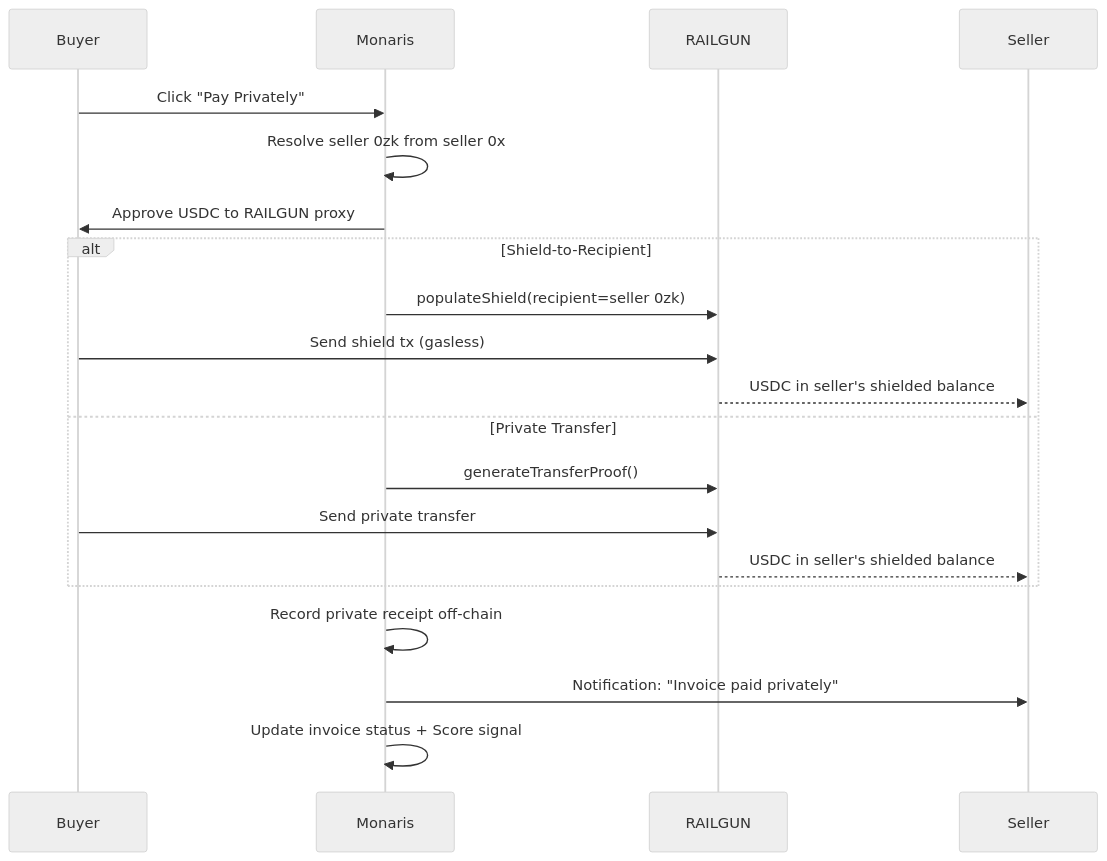
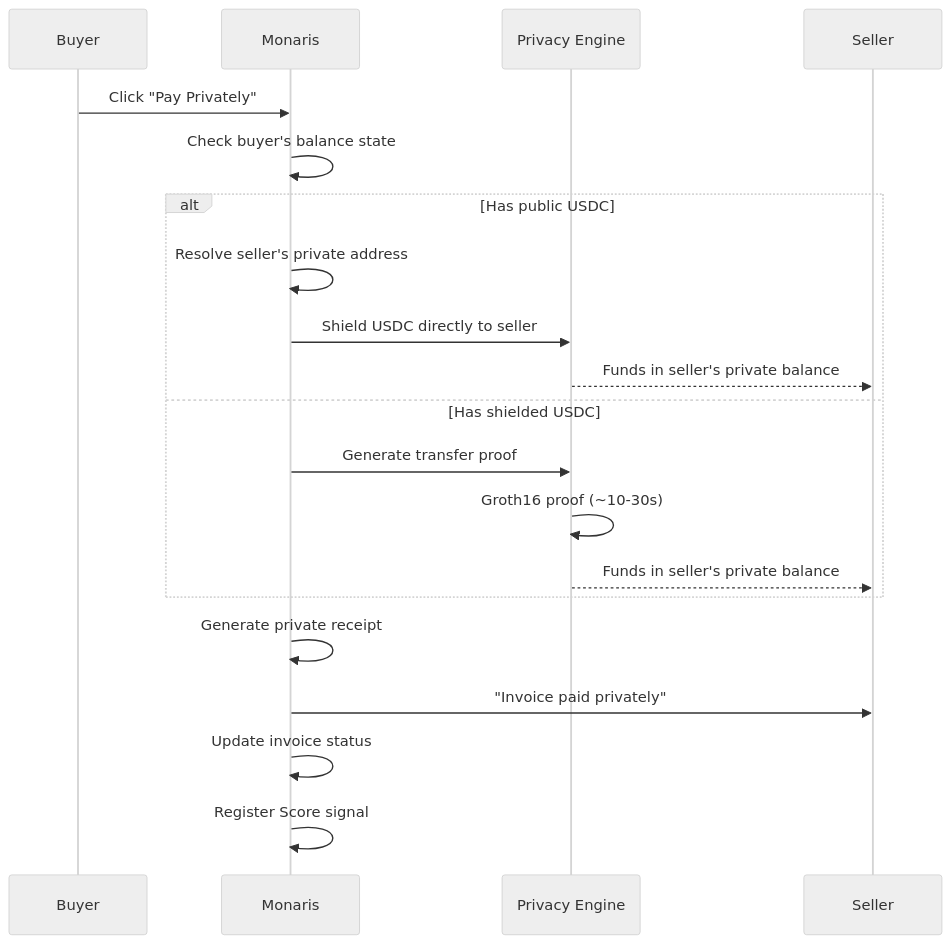
Before and after one commit to Monaris-co/monaris-docs: the third of 5 diagrams in privacy/private-payment-modes.mdx, drawn with Mermaid (neutral theme). The commit also changed other lines of this file and 4 other files, not shown here.

First line of the commit message:
docs: improve privacy pages, add Private Payment Router vision, update nav

````diff
--- a/privacy/private-payment-modes.mdx
+++ b/privacy/private-payment-modes.mdx
@@ -34,25 +96,25 @@
 ```mermaid
 sequenceDiagram
     participant Buyer
     participant Monaris
-    participant RAILGUN
+    participant Privacy as Privacy Engine
     participant Seller
 
     Buyer->>Monaris: Click "Pay Privately"
-    Monaris->>Monaris: Resolve seller 0zk from seller 0x
-    Monaris->>Buyer: Approve USDC to RAILGUN proxy
+    Monaris->>Monaris: Check buyer's balance state
 
-    alt Shield-to-Recipient
-        Monaris->>RAILGUN: populateShield(recipient=seller 0zk)
-        Buyer->>RAILGUN: Send shield tx (gasless)
-        RAILGUN-->>Seller: USDC in seller's shielded balance
-    else Private Transfer
-        Monaris->>RAILGUN: generateTransferProof()
-        Buyer->>RAILGUN: Send private transfer
-        RAILGUN-->>Seller: USDC in seller's shielded balance
+    alt Has public USDC
+        Monaris->>Monaris: Resolve seller's private address
+        Monaris->>Privacy: Shield USDC directly to seller
+        Privacy-->>Seller: Funds in seller's private balance
+    else Has shielded USDC
+        Monaris->>Privacy: Generate transfer proof
+        Privacy->>Privacy: Groth16 proof (~10-30s)
+        Privacy-->>Seller: Funds in seller's private balance
     end
 
-    Monaris->>Monaris: Record private receipt off-chain
-    Monaris->>Seller: Notification: "Invoice paid privately"
-    Monaris->>Monaris: Update invoice status + Score signal
+    Monaris->>Monaris: Generate private receipt
+    Monaris->>Seller: "Invoice paid privately"
+    Monaris->>Monaris: Update invoice status
+    Monaris->>Monaris: Register Score signal
 ```
````
